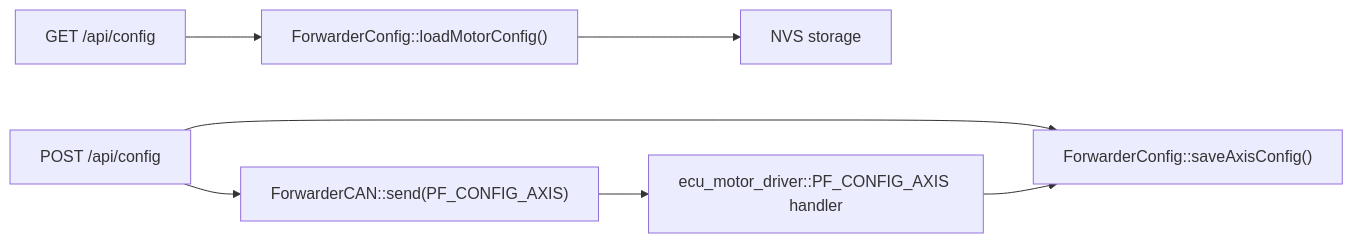
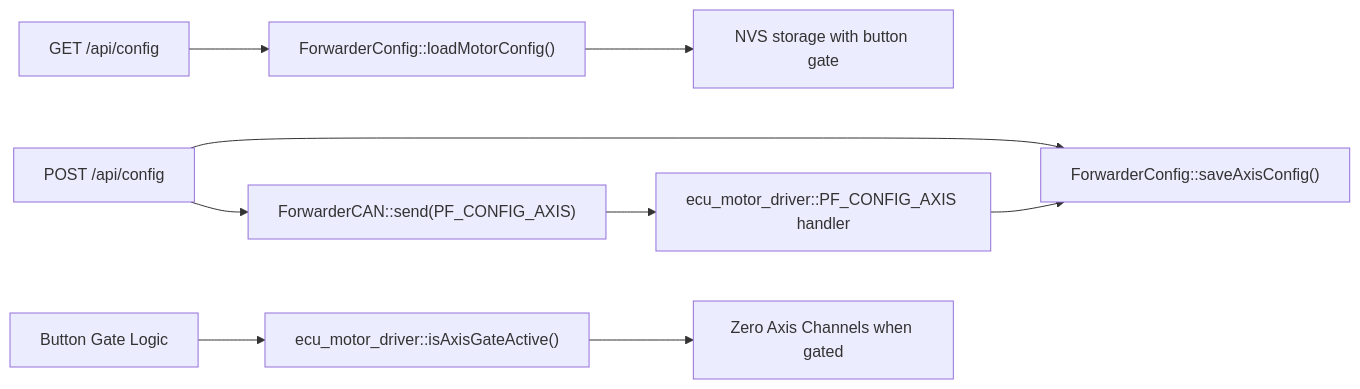
One commit to gunicsba/ESP_CAN_ECU_joystick_collection changed the third of 3 diagrams in .qoder/repowiki/en/content/API Reference/HTTP REST API Endpoints/Configuration Management Endpoints/Axis Mapping Configuration.md. Above: the diagram before and after it, drawn with Mermaid. The commit also changed other lines of this file and 10 other files, not shown here.

````diff
--- a/.qoder/repowiki/en/content/API Reference/HTTP REST API Endpoints/Configuration Management Endpoints/Axis Mapping Configuration.md
+++ b/.qoder/repowiki/en/content/API Reference/HTTP REST API Endpoints/Configuration Management Endpoints/Axis Mapping Configuration.md
@@ -292,9 +328,11 @@
 ```mermaid
 graph LR
 A["GET /api/config"] --> B["ForwarderConfig::loadMotorConfig()"]
-B --> C["NVS storage"]
+B --> C["NVS storage with button gate"]
 D["POST /api/config"] --> E["ForwarderConfig::saveAxisConfig()"]
 D --> F["ForwarderCAN::send(PF_CONFIG_AXIS)"]
 F --> G["ecu_motor_driver::PF_CONFIG_AXIS handler"]
 G --> E
+H["Button Gate Logic"] --> I["ecu_motor_driver::isAxisGateActive()"]
+I --> J["Zero Axis Channels when gated"]
 ```
````
